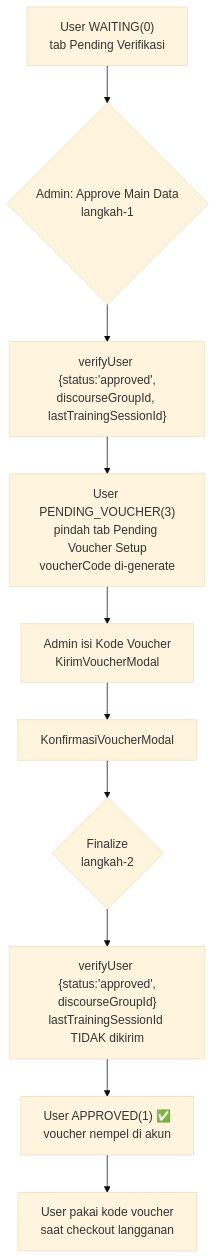
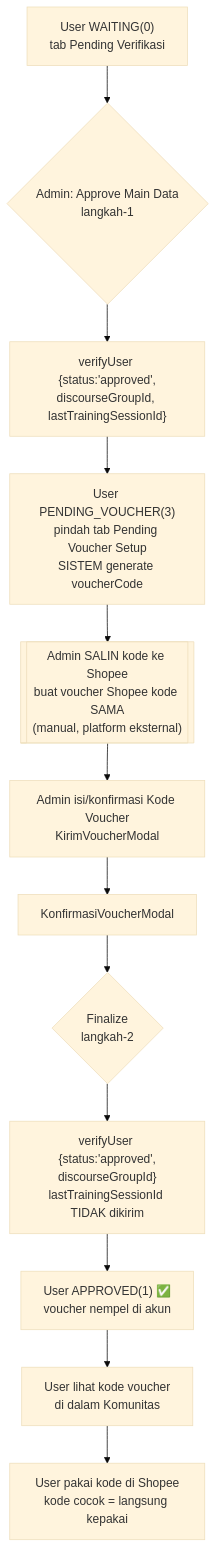
One commit to Digital-Gasing-Edukasi/Gasing-Sarang-Login-Dashboard changed diagram 13 of 14 in USER_STATE_FLOW.md. Above: the diagram before and after it, drawn with Mermaid (base theme). The commit also changed other lines of this file, not shown here.

Commit message:
Revise USER_STATE_FLOW with flowchart updates
Updated flowchart to clarify user state transitions and voucher generation process. Added details on manual steps for Shopee integration and user experience.

````diff
--- a/USER_STATE_FLOW.md
+++ b/USER_STATE_FLOW.md
@@ -241,12 +241,14 @@
 ```mermaid
 flowchart TD
-  A["User WAITING(0)<br/>tab Pending Verifikasi"] --> B{Admin: Approve Main Data<br/>langkah-1}
+  A["User WAITING(0)<br/>tab Pending Verifikasi"] --> B{"Admin: Approve Main Data<br/>langkah-1"}
   B --> C["verifyUser {status:'approved',<br/>discourseGroupId, lastTrainingSessionId}"]
-  C --> D["User PENDING_VOUCHER(3)<br/>pindah tab Pending Voucher Setup<br/>voucherCode di-generate"]
-  D --> E[Admin isi Kode Voucher<br/>KirimVoucherModal]
+  C --> D["User PENDING_VOUCHER(3)<br/>pindah tab Pending Voucher Setup<br/>SISTEM generate voucherCode"]
+  D --> D2[["Admin SALIN kode ke Shopee<br/>buat voucher Shopee kode SAMA<br/>(manual, platform eksternal)"]]
+  D2 --> E[Admin isi/konfirmasi Kode Voucher<br/>KirimVoucherModal]
   E --> F[KonfirmasiVoucherModal]
   F --> G{Finalize<br/>langkah-2}
   G --> H["verifyUser {status:'approved',<br/>discourseGroupId}<br/>lastTrainingSessionId TIDAK dikirim"]
   H --> I["User APPROVED(1) ✅<br/>voucher nempel di akun"]
-  I --> J[User pakai kode voucher<br/>saat checkout langganan]
+  I --> J[User lihat kode voucher<br/>di dalam Komunitas]
+  J --> K[User pakai kode di Shopee<br/>kode cocok = langsung kepakai]
 ```
````
